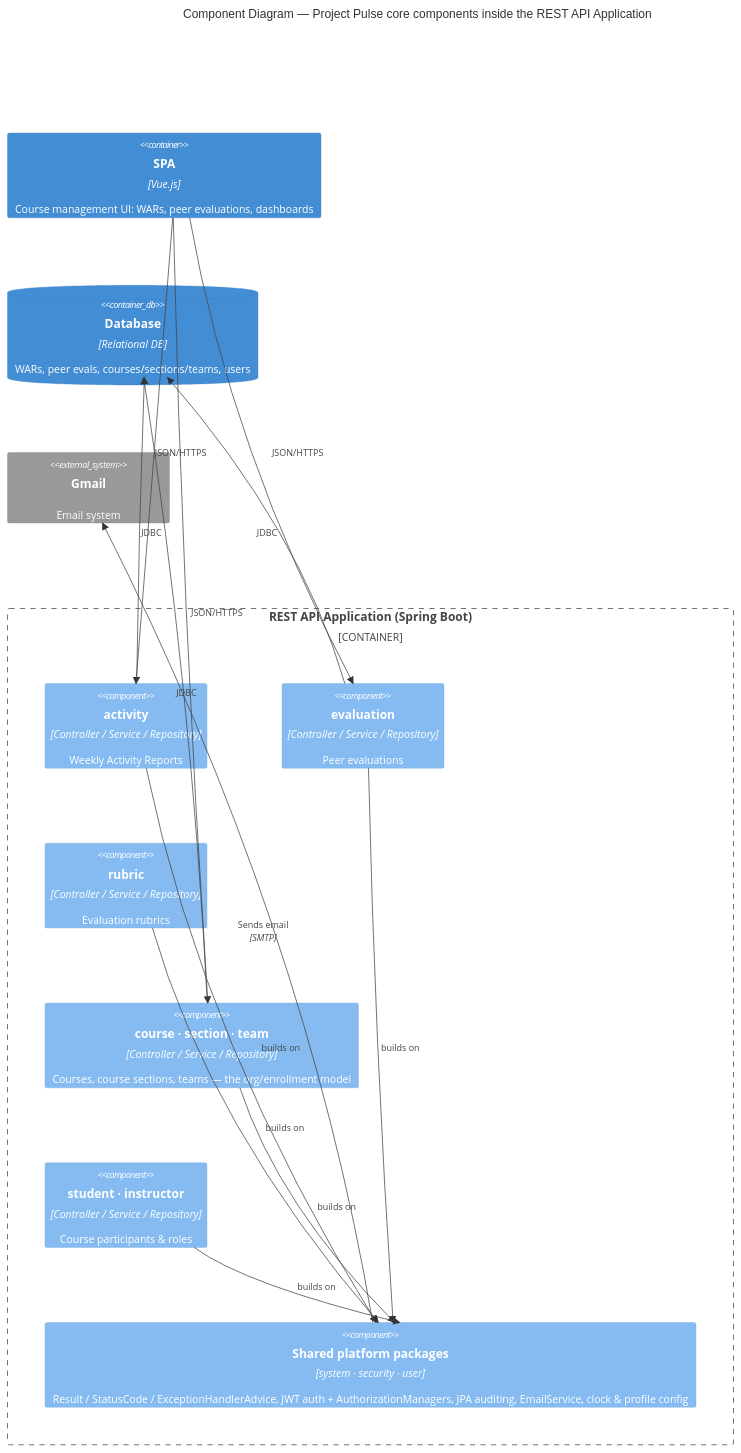
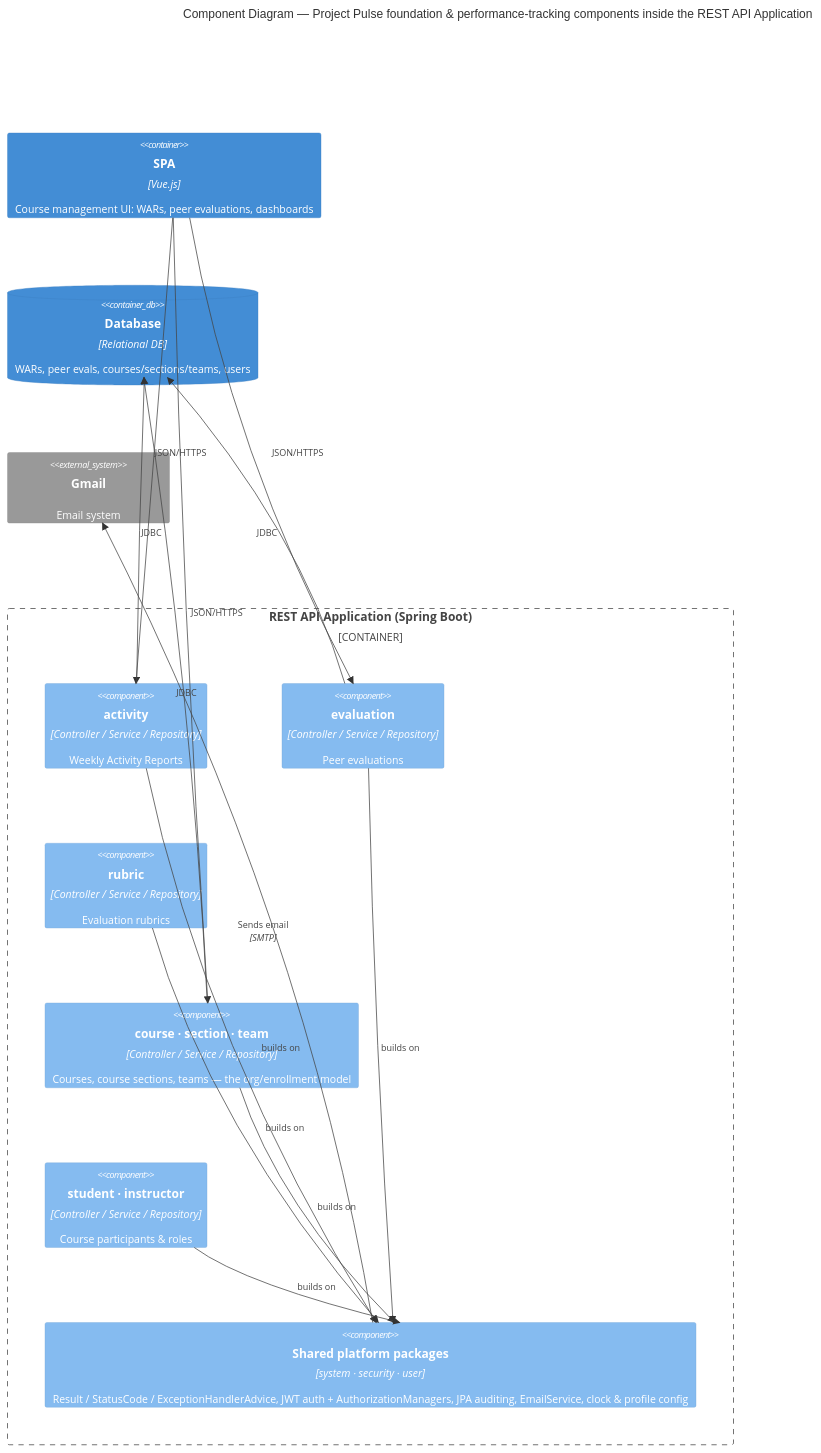
One commit to Washingtonwei/project-pulse changed the third of 6 diagrams in docs/design/architectural-design.md. Above: the diagram before and after it, drawn with Mermaid. The commit also changed other lines of this file and 10 other files, not shown here.

First line of the commit message:
docs: drop "core" as the non-RAM label; split into shared foundation + performance tracking

````diff
--- a/docs/design/architectural-design.md
+++ b/docs/design/architectural-design.md
@@ -125,31 +125,31 @@
 ```mermaid
 C4Component
-    title Component Diagram — Project Pulse core components inside the REST API Application
+    title Component Diagram — Project Pulse foundation & performance-tracking components inside the REST API Application
 
     Container(spa, "SPA", "Vue.js", "Course management UI: WARs, peer evaluations, dashboards")
 
     Container_Boundary(api, "REST API Application (Spring Boot)") {
         Component(activity, "activity", "Controller / Service / Repository", "Weekly Activity Reports")
         Component(evaluation, "evaluation", "Controller / Service / Repository", "Peer evaluations")
         Component(rubric, "rubric", "Controller / Service / Repository", "Evaluation rubrics")
         Component(org, "course · section · team", "Controller / Service / Repository", "Courses, course sections, teams — the org/enrollment model")
         Component(people, "student · instructor", "Controller / Service / Repository", "Course participants & roles")
         Component(shared, "Shared platform packages", "system · security · user", "Result / StatusCode / ExceptionHandlerAdvice, JWT auth + AuthorizationManagers, JPA auditing, EmailService, clock & profile config")
     }
 
     ContainerDb(db, "Database", "Relational DB", "WARs, peer evals, courses/sections/teams, users")
     System_Ext(gmail, "Gmail", "Email system")
 
     Rel_D(spa, activity, "JSON/HTTPS")
     Rel_D(spa, evaluation, "JSON/HTTPS")
     Rel_D(spa, org, "JSON/HTTPS")
     Rel(activity, shared, "builds on")
     Rel(evaluation, shared, "builds on")
     Rel(rubric, shared, "builds on")
     Rel(org, shared, "builds on")
     Rel(people, shared, "builds on")
     Rel_D(activity, db, "JDBC")
     Rel_D(evaluation, db, "JDBC")
     Rel_D(org, db, "JDBC")
     Rel(shared, gmail, "Sends email", "SMTP")
 ```
````
